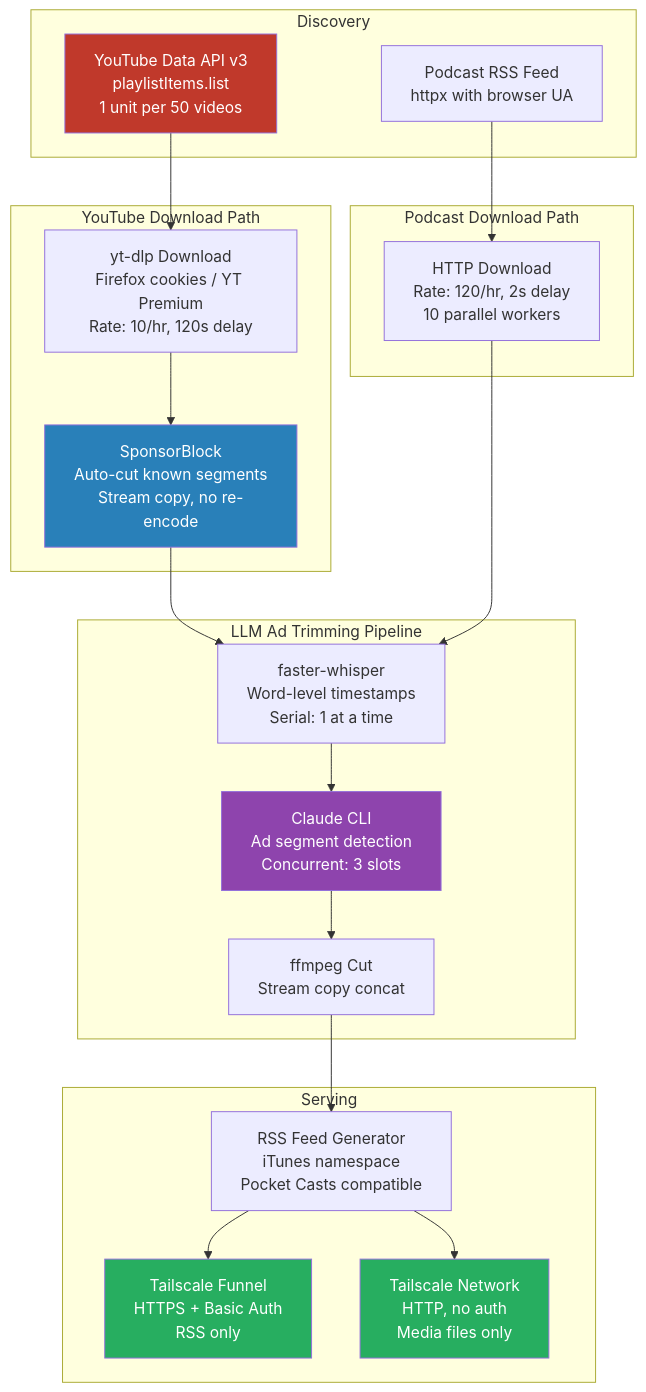
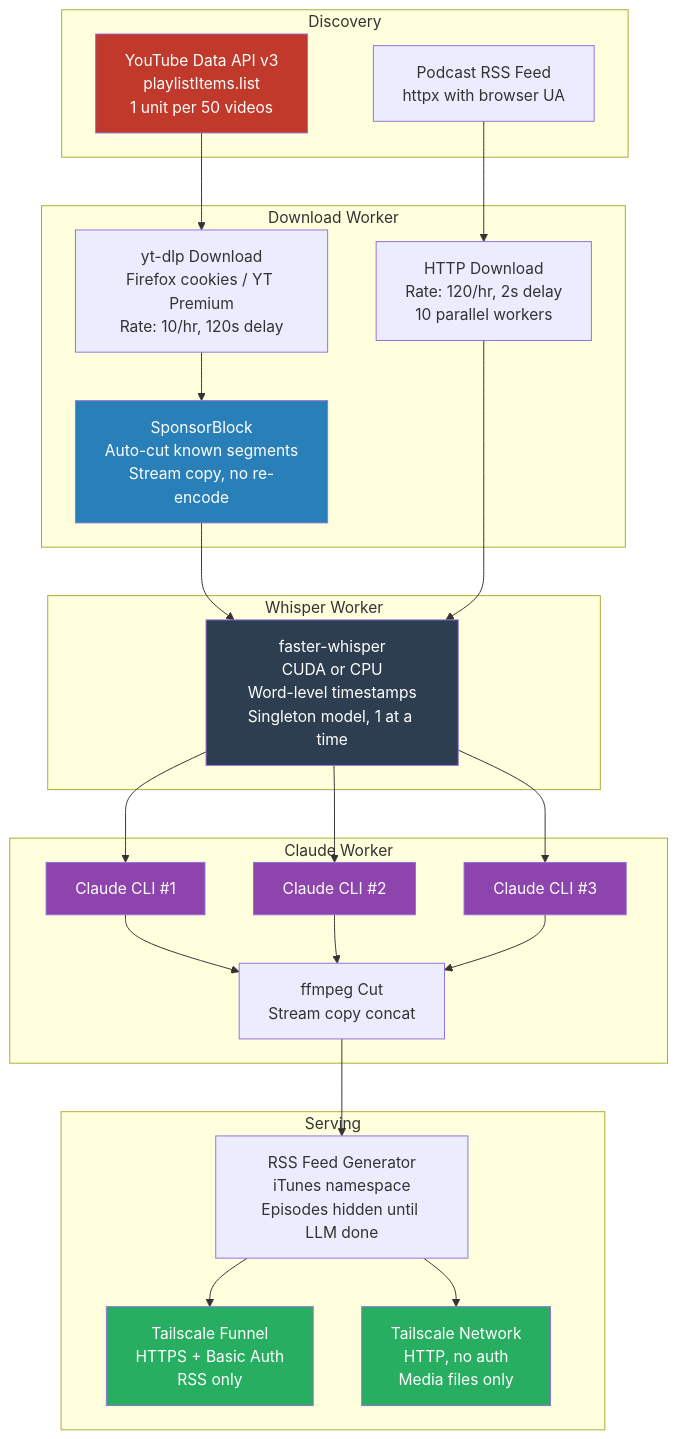
The diagram in README.md (cwilliams5/Siphon), drawn with Mermaid before and after one commit. The commit also changed other lines of this file, not shown here.

First line of the commit message:
Update README for three-queue architecture, CUDA, metrics, UI features

````diff
--- a/README.md
+++ b/README.md
@@ -21,45 +23,54 @@
 ```mermaid
 flowchart TB
     subgraph Discovery
         YT_API[YouTube Data API v3<br/>playlistItems.list<br/>1 unit per 50 videos]
         POD_RSS[Podcast RSS Feed<br/>httpx with browser UA]
     end
 
-    subgraph YouTube Download Path
+    subgraph Download Worker
         YT_DL[yt-dlp Download<br/>Firefox cookies / YT Premium<br/>Rate: 10/hr, 120s delay]
         SB[SponsorBlock<br/>Auto-cut known segments<br/>Stream copy, no re-encode]
+        POD_DL[HTTP Download<br/>Rate: 120/hr, 2s delay<br/>10 parallel workers]
         YT_DL --> SB
     end
 
-    subgraph Podcast Download Path
-        POD_DL[HTTP Download<br/>Rate: 120/hr, 2s delay<br/>10 parallel workers]
+    subgraph Whisper Worker
+        WHISPER[faster-whisper<br/>CUDA or CPU<br/>Word-level timestamps<br/>Singleton model, 1 at a time]
     end
 
-    subgraph LLM Ad Trimming Pipeline
-        WHISPER[faster-whisper<br/>Word-level timestamps<br/>Serial: 1 at a time]
-        CLAUDE[Claude CLI<br/>Ad segment detection<br/>Concurrent: 3 slots]
+    subgraph Claude Worker
+        CLAUDE1[Claude CLI #1]
+        CLAUDE2[Claude CLI #2]
+        CLAUDE3[Claude CLI #3]
         FFMPEG[ffmpeg Cut<br/>Stream copy concat]
-        WHISPER --> CLAUDE --> FFMPEG
+        CLAUDE1 --> FFMPEG
+        CLAUDE2 --> FFMPEG
+        CLAUDE3 --> FFMPEG
     end
 
     subgraph Serving
-        RSS_GEN[RSS Feed Generator<br/>iTunes namespace<br/>Pocket Casts compatible]
+        RSS_GEN[RSS Feed Generator<br/>iTunes namespace<br/>Episodes hidden until LLM done]
         FUNNEL[Tailscale Funnel<br/>HTTPS + Basic Auth<br/>RSS only]
         TAILNET[Tailscale Network<br/>HTTP, no auth<br/>Media files only]
         RSS_GEN --> FUNNEL
         RSS_GEN --> TAILNET
     end
 
     YT_API --> YT_DL
     POD_RSS --> POD_DL
     SB --> WHISPER
     POD_DL --> WHISPER
-
+    WHISPER --> CLAUDE1
+    WHISPER --> CLAUDE2
+    WHISPER --> CLAUDE3
     FFMPEG --> RSS_GEN
 
     style YT_API fill:#c0392b,color:#fff
-    style CLAUDE fill:#8e44ad,color:#fff
+    style WHISPER fill:#2c3e50,color:#fff
+    style CLAUDE1 fill:#8e44ad,color:#fff
+    style CLAUDE2 fill:#8e44ad,color:#fff
+    style CLAUDE3 fill:#8e44ad,color:#fff
     style SB fill:#2980b9,color:#fff
     style FUNNEL fill:#27ae60,color:#fff
     style TAILNET fill:#27ae60,color:#fff
 ```
````
